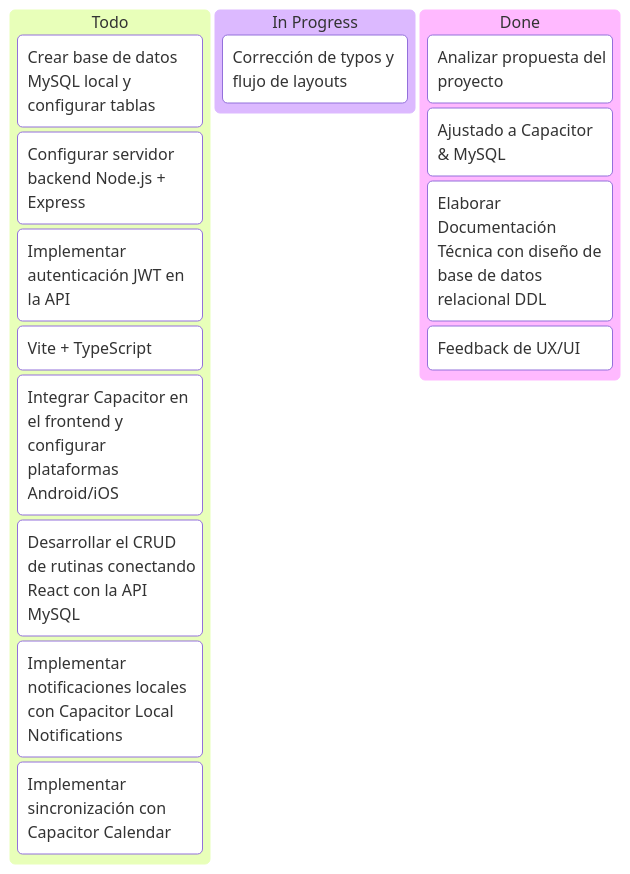
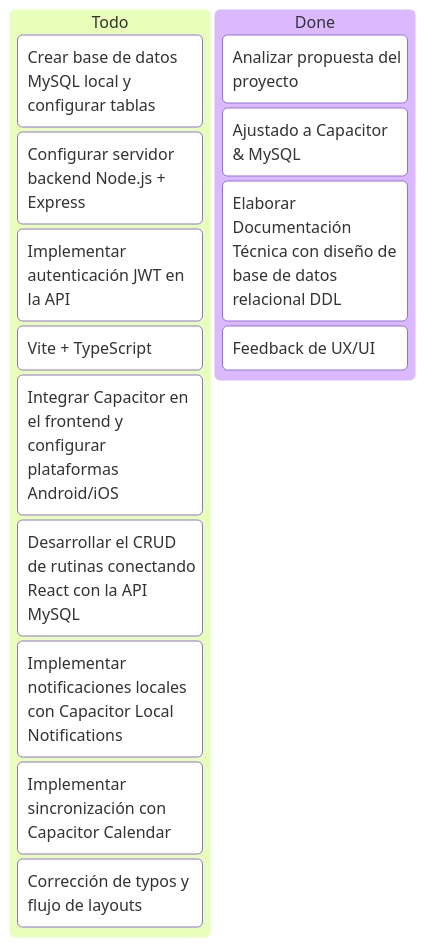
Before and after one commit to Darwin-Cabezas/Organiza-tu-Rutina: the diagram in estado_proyecto.md, drawn with Mermaid.

Commit message:
chore: sync frontend and backend node_modules dependencies

````diff
--- a/estado_proyecto.md
+++ b/estado_proyecto.md
@@ -18,19 +18,18 @@
 ```mermaid
 kanban
   Todo
     Crear base de datos MySQL local y configurar tablas
     Configurar servidor backend Node.js + Express
     Implementar autenticación JWT en la API
     Configurar frontend en React (Vite + TypeScript)
     Integrar Capacitor en el frontend y configurar plataformas Android/iOS
     Desarrollar el CRUD de rutinas conectando React con la API MySQL
     Implementar notificaciones locales con Capacitor Local Notifications
     Implementar sincronización con Capacitor Calendar
-  In Progress
     Definición del diseño de UI/UX (Corrección de typos y flujo de layouts)
   Done
     Analizar propuesta del proyecto
     Elaborar Plan de Desarrollo (Ajustado a Capacitor & MySQL)
     Elaborar Documentación Técnica con diseño de base de datos relacional DDL
     Auditar capturas de interfaz de usuario (Feedback de UX/UI)
 ```
````
